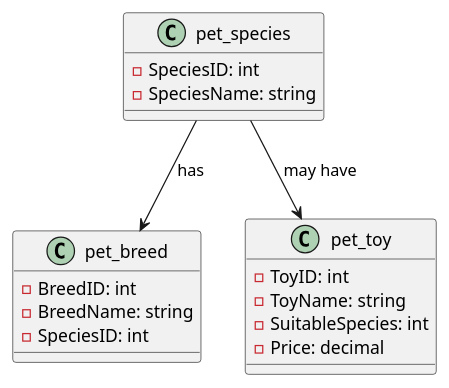
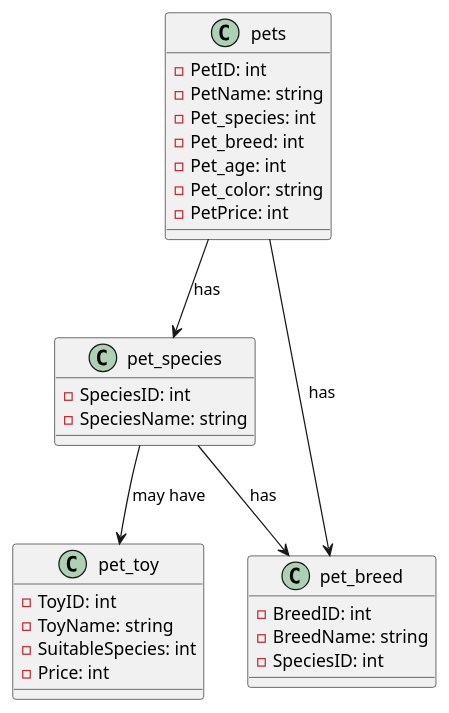
One commit to Moonstone07/bloc3-adv-web changed the diagram in project-1/pet_store_tables.puml. Above: the diagram before and after it, drawn with PlantUML.

Commit message:
added new class diagram for pet store

```diff
--- a/project-1/pet_store_tables.puml
+++ b/project-1/pet_store_tables.puml
@@ -1,39 +1,54 @@
 @startuml
+
+class pets{
+    - PetID: int
+    - PetName: string
+    - Pet_species: int
+    - Pet_breed: int
+    - Pet_age: int
+    - Pet_color: string
+    - PetPrice: int
+
+}
 
 class pet_species{
     - SpeciesID: int
     - SpeciesName: string
 }
 
 class pet_breed{
     - BreedID: int
     - BreedName: string
     - SpeciesID: int
 }
 
 
 class pet_toy{
     - ToyID: int
     - ToyName: string
     - SuitableSpecies: int
-    - Price: decimal
+    - Price: int
 }
 
+pets --> pet_species : has
+' the pets has a pet_species
+pets --> pet_breed : has
+' the pets has a pet_breed
 pet_species --> pet_breed : has
 ' the pet_species has a pet_breed
 pet_species --> pet_toy : may have 
 ' the pet_species may have a pet_toy
 
 
 
     ' is the price dependent on the breed alone or also the species? Because a cat doesn't have the same price as a dog, same for a bird.
 
     ' I would have a table for the species and a table for the breed. The breed table would have a foreign key to the species table.
 
     ' The breed table would have a price field. The species table would have a price field. The price field in the species table would be the base price.
 
     ' The price field in the breed table would be the price of the breed. The price of the breed would be the base price plus the price of the breed.
 
     ' In the database design, you might have pricing tables that store base prices for each species and additional tables or fields that accommodate variations in pricing based on breeds within each species. This would allow for a more nuanced representation of pricing for toys or pets based on their species and breed.
 
 @enduml
```
